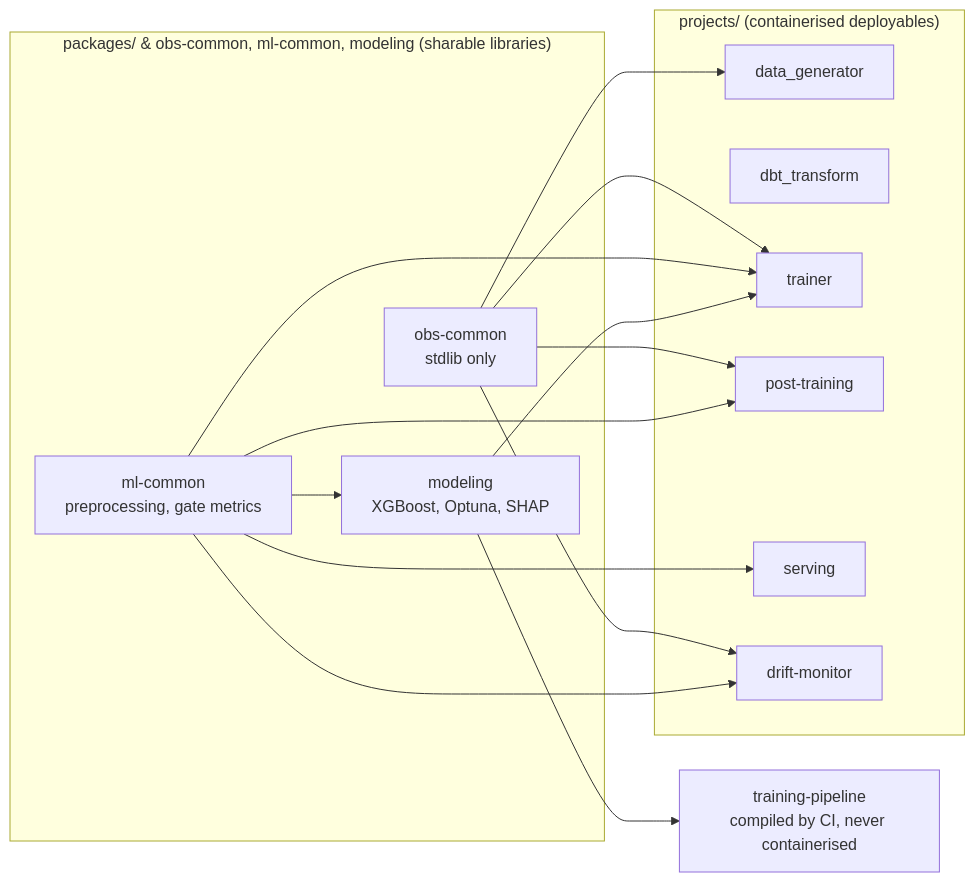
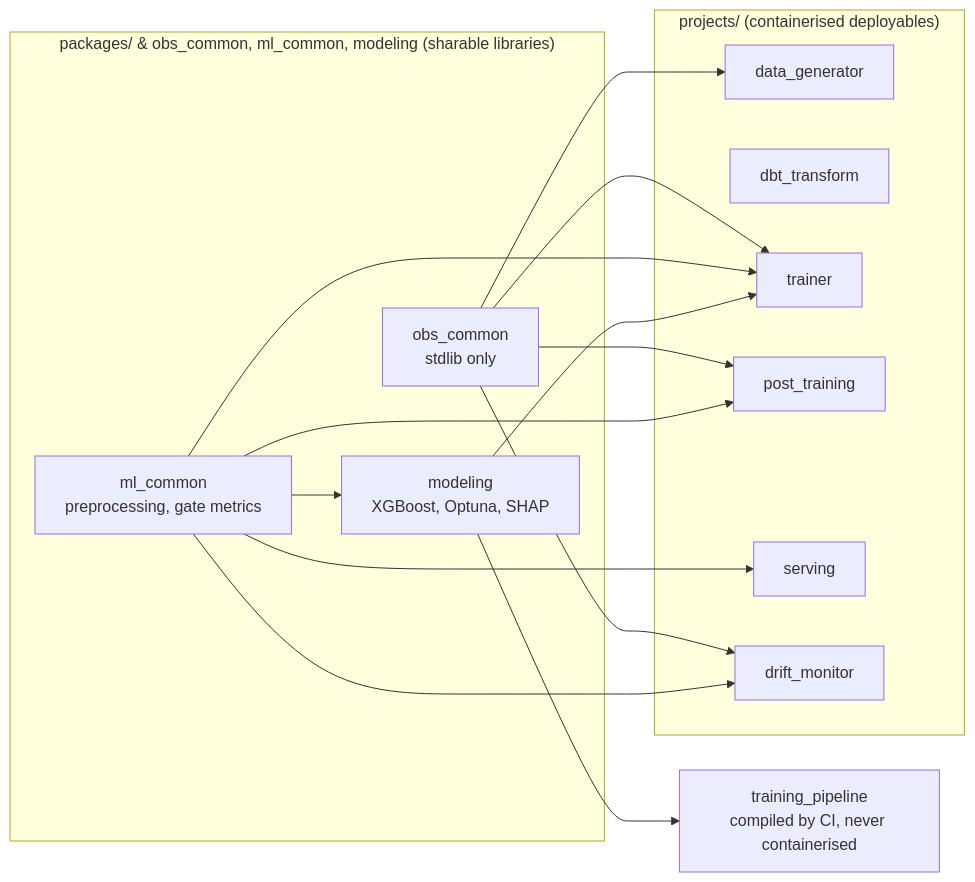
The diagram in docs/architecture.md (marcopellegrinoit/gcp-mlops-customer-churn), drawn with Mermaid before and after one commit. The commit also changed other lines of this file and 72 other files, not shown here.

````diff
--- a/docs/architecture.md
+++ b/docs/architecture.md
@@ -11,34 +11,34 @@
 ```mermaid
 flowchart LR
-    subgraph Packages["packages/ & obs-common, ml-common, modeling (sharable libraries)"]
-        OBS[obs-common<br/>stdlib only]
-        MLC[ml-common<br/>preprocessing, gate metrics]
+    subgraph Packages["packages/ & obs_common, ml_common, modeling (sharable libraries)"]
+        OBS[obs_common<br/>stdlib only]
+        MLC[ml_common<br/>preprocessing, gate metrics]
         MOD[modeling<br/>XGBoost, Optuna, SHAP]
     end
 
     subgraph Deployables["projects/ (containerised deployables)"]
         DG[data_generator]
         DBT[dbt_transform]
         TR[trainer]
-        PT[post-training]
+        PT[post_training]
         SV[serving]
-        DM[drift-monitor]
+        DM[drift_monitor]
     end
 
-    TP[training-pipeline<br/>compiled by CI, never containerised]
+    TP[training_pipeline<br/>compiled by CI, never containerised]
 
     MLC --> MOD
 
     OBS --> DG
     OBS --> TR
     OBS --> PT
     OBS --> DM
 
     MLC --> TR
     MLC --> PT
     MLC --> SV
     MLC --> DM
 
     MOD --> TR
     MOD --> TP
 ```
````
